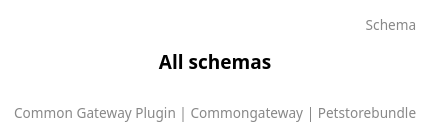
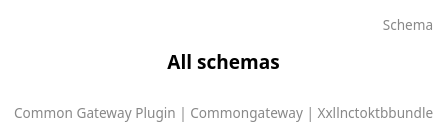
One commit to CommonGateway/XxllncToKTBBundle changed the diagram in docs/schema/all_schema_classes.puml. Above: the diagram before and after it, drawn with PlantUML. The commit also changed 6 other files, not shown here.

```diff
--- a/docs/schema/all_schema_classes.puml
+++ b/docs/schema/all_schema_classes.puml
@@ -1,6 +1,6 @@
 @startuml
 title: All schemas
-footer: Common Gateway Plugin | Commongateway | Petstorebundle 
+footer: Common Gateway Plugin | Commongateway | Xxllnctoktbbundle 
 header: Schema
 
 @enduml
```
